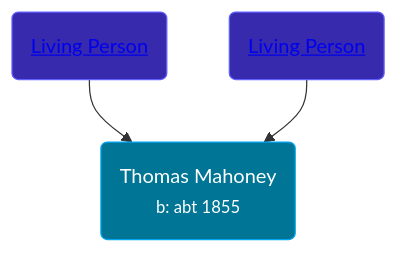
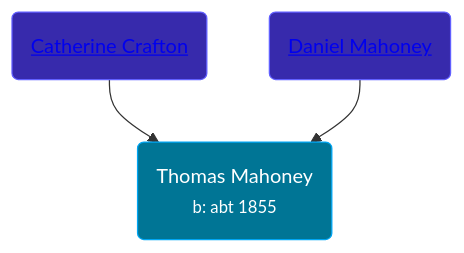
The diagram in pages/people/4/41476460.md (wpmgotkh/wpmgotkh.github.io), drawn with Mermaid before and after one commit. The commit also changed other lines of this file and 586 other files, not shown here.

Commit message:
feat: better shouldConsiderPersonLiving algo

````diff
--- a/pages/people/4/41476460.md
+++ b/pages/people/4/41476460.md
@@ -11,9 +11,9 @@
 ```mermaid
 graph
 classDef grands fill:#193cb8,stroke:#2b7fff,stroke-width:1px,color:#fff;
 classDef parents fill:#372aac,stroke:#615fff,stroke-width:1px,color:#fff;
 classDef primary fill:#007595,stroke:#00a6f4,stroke-width:1px,color:#fff;
 41476460(Thomas Mahoney<br /><small>b: abt 1855</small>):::primary
-61573710(<a class="text-white" href="/people/6/61573710">Living Person</a>):::parents-->41476460
-8119607(<a class="text-white" href="/people/8/8119607">Living Person</a>):::parents-->41476460
+61573710(<a class="text-white" href="/people/6/61573710">Catherine Crafton</a>):::parents-->41476460
+8119607(<a class="text-white" href="/people/8/8119607">Daniel Mahoney</a>):::parents-->41476460
 ```
````
